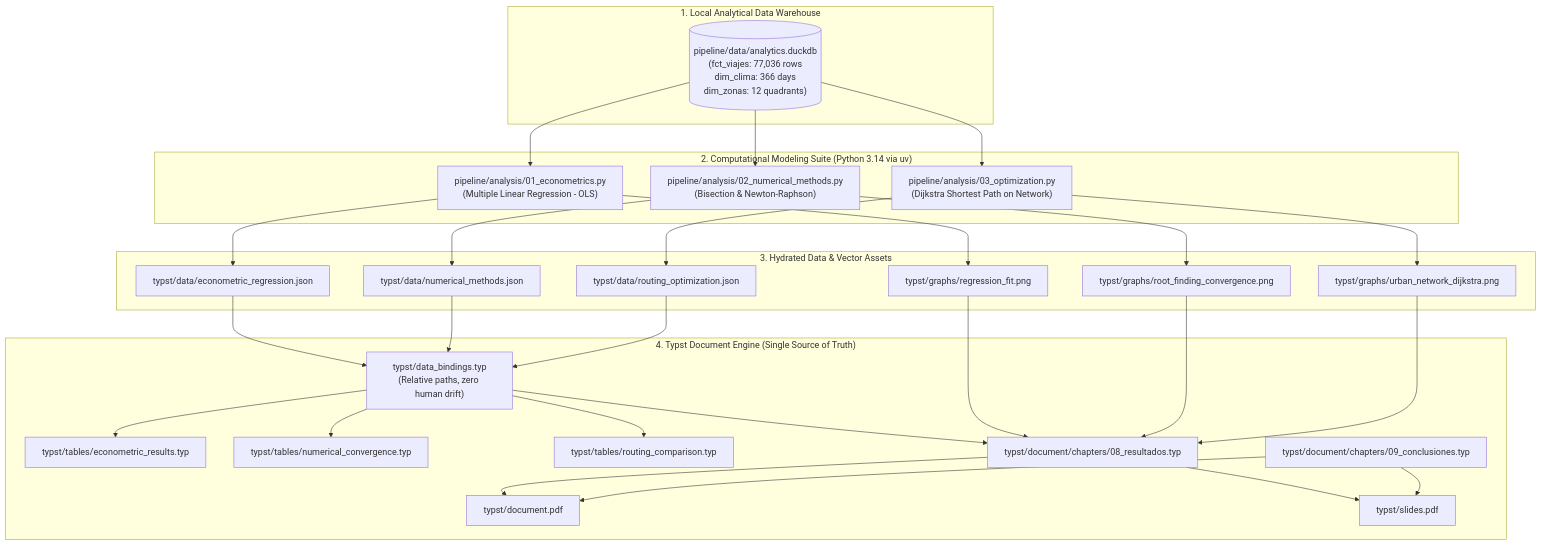
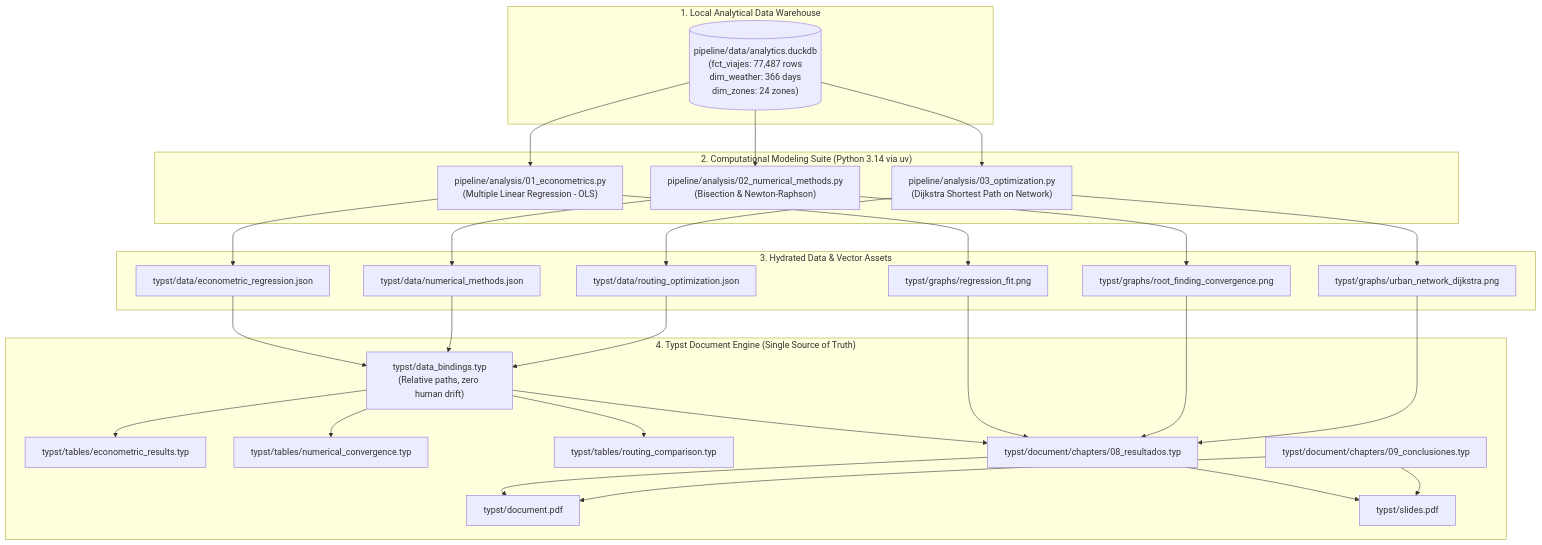
Before and after one commit to vect-maker/integrador-four: the first of 2 diagrams in doc/paper_completion_roadmap.md, drawn with Mermaid. The commit also changed other lines of this file and 21 other files, not shown here.

````diff
--- a/doc/paper_completion_roadmap.md
+++ b/doc/paper_completion_roadmap.md
@@ -26,42 +26,42 @@
 ```mermaid
 flowchart TD
     subgraph S1["1. Local Analytical Data Warehouse"]
-        DuckDB[("pipeline/data/analytics.duckdb<br/>(fct_viajes: 77,036 rows<br/>dim_clima: 366 days<br/>dim_zonas: 12 quadrants)")]
+        DuckDB[("pipeline/data/analytics.duckdb<br/>(fct_viajes: 77,487 rows<br/>dim_weather: 366 days<br/>dim_zones: 24 zones)")]
     end
 
     subgraph S2["2. Computational Modeling Suite (Python 3.14 via uv)"]
         P1["pipeline/analysis/01_econometrics.py<br/>(Multiple Linear Regression - OLS)"]
         P2["pipeline/analysis/02_numerical_methods.py<br/>(Bisection & Newton-Raphson)"]
         P3["pipeline/analysis/03_optimization.py<br/>(Dijkstra Shortest Path on Network)"]
     end
 
     subgraph S3["3. Hydrated Data & Vector Assets"]
         J1["typst/data/econometric_regression.json"]
         J2["typst/data/numerical_methods.json"]
         J3["typst/data/routing_optimization.json"]
         G1["typst/graphs/regression_fit.png"]
         G2["typst/graphs/root_finding_convergence.png"]
         G3["typst/graphs/urban_network_dijkstra.png"]
     end
 
     subgraph S4["4. Typst Document Engine (Single Source of Truth)"]
         Bindings["typst/data_bindings.typ<br/>(Relative paths, zero human drift)"]
         T1["typst/tables/econometric_results.typ"]
         T2["typst/tables/numerical_convergence.typ"]
         T3["typst/tables/routing_comparison.typ"]
         C8["typst/document/chapters/08_resultados.typ"]
         C9["typst/document/chapters/09_conclusiones.typ"]
         DocPDF["typst/document.pdf"]
         SlidesPDF["typst/slides.pdf"]
     end
 
     DuckDB --> P1 & P2 & P3
     P1 --> J1 & G1
     P2 --> J2 & G2
     P3 --> J3 & G3
     J1 & J2 & J3 --> Bindings
     Bindings --> T1 & T2 & T3 & C8
     G1 & G2 & G3 --> C8
     C8 & C9 --> DocPDF
     C8 & C9 --> SlidesPDF
 ```
````
